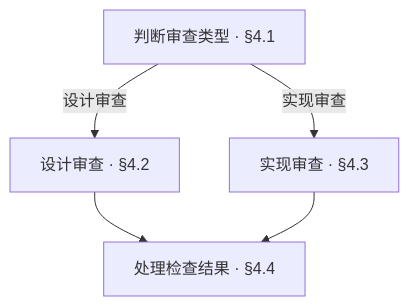
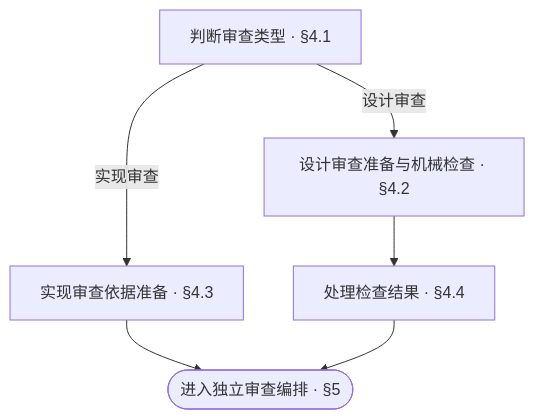
Before and after one commit to ruozi/anyone-can-architect: the second of 2 diagrams in zh-CN/dist/cursor/aca-review/SKILL.md, drawn with Mermaid. The commit also changed other lines of this file and 116 other files, not shown here.

````diff
--- a/zh-CN/dist/cursor/aca-review/SKILL.md
+++ b/zh-CN/dist/cursor/aca-review/SKILL.md
@@ -142,7 +140,8 @@
 ```mermaid
 flowchart TD
-    Kind["判断审查类型 · §4.1"] -- 设计审查 --> Design["设计审查 · §4.2"]
-    Kind -- 实现审查 --> Implementation["实现审查 · §4.3"]
+    Kind["判断审查类型 · §4.1"] -- 设计审查 --> Design["设计审查准备与机械检查 · §4.2"]
+    Kind -- 实现审查 --> Implementation["实现审查依据准备 · §4.3"]
     Design --> Results["处理检查结果 · §4.4"]
-    Implementation --> Results
+    Implementation --> Next(["进入独立审查编排 · §5"])
+    Results --> Next
 ```
````
